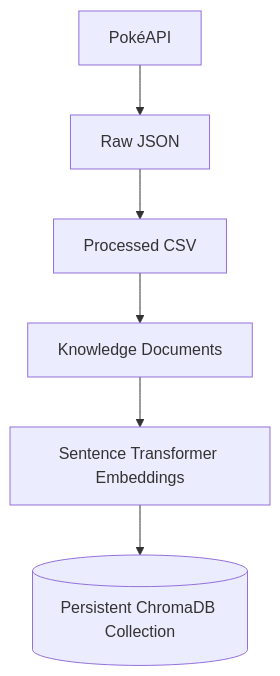
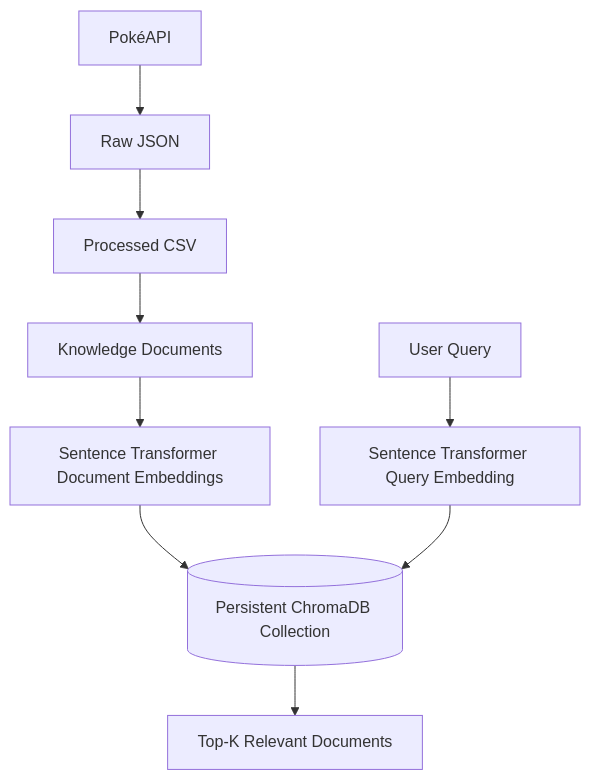
One commit to saichetanreddy07/pokedex-ai-rag changed the first of 2 diagrams in README.md. Above: the diagram before and after it, drawn with Mermaid. The commit also changed other lines of this file, not shown here.

Commit message:
docs: update README with project architecture and progress

````diff
--- a/README.md
+++ b/README.md
@@ -28,8 +32,11 @@
 ```mermaid
 flowchart TD
 	API[PokéAPI] --> RAW[Raw JSON]
 	RAW --> CSV[Processed CSV]
 	CSV --> DOCS[Knowledge Documents]
-	DOCS --> EMBEDDINGS[Sentence Transformer Embeddings]
+	DOCS --> EMBEDDINGS[Sentence Transformer Document Embeddings]
 	EMBEDDINGS --> DB[(Persistent ChromaDB Collection)]
+	QUERY[User Query] --> QUERY_EMBEDDING[Sentence Transformer Query Embedding]
+	QUERY_EMBEDDING --> DB
+	DB --> RESULTS[Top-K Relevant Documents]
 ```
````
